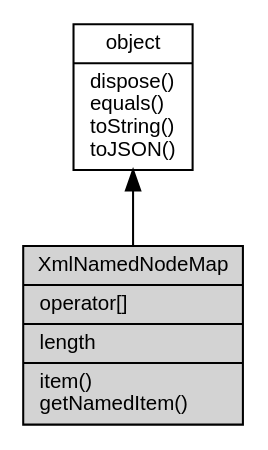
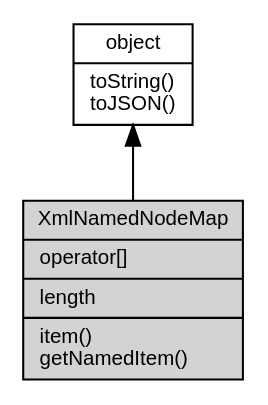
One commit to asionius/fibjs-ceph changed the diagram in docs/object/ifs/XmlNamedNodeMap.md. Above: the diagram before and after it, drawn with Graphviz. The commit also changed other lines of this file and 138 other files, not shown here.

````diff
--- a/docs/object/ifs/XmlNamedNodeMap.md
+++ b/docs/object/ifs/XmlNamedNodeMap.md
@@ -5,10 +5,10 @@
 ```dot
 digraph {
     node [fontname="Helvetica,sans-Serif", fontsize=10, shape="record", style="filled", fillcolor="white"];
 
-    object [tooltip="object", URL="object.md", label="{object|dispose()\lequals()\ltoString()\ltoJSON()\l}"];
-    XmlNamedNodeMap [tooltip="XmlNamedNodeMap", fillcolor="lightgray", label="{XmlNamedNodeMap|operator[]\l|length\l|item()\lgetNamedItem()\l}"];
+    object [tooltip="object", URL="object.md", label="{object|toString()\ltoJSON()\l}"];
+    XmlNamedNodeMap [tooltip="XmlNamedNodeMap", fillcolor="lightgray", id="me", label="{XmlNamedNodeMap|operator[]\l|length\l|item()\lgetNamedItem()\l}"];
 
     object -> XmlNamedNodeMap [dir=back];
 }
 ```
````
